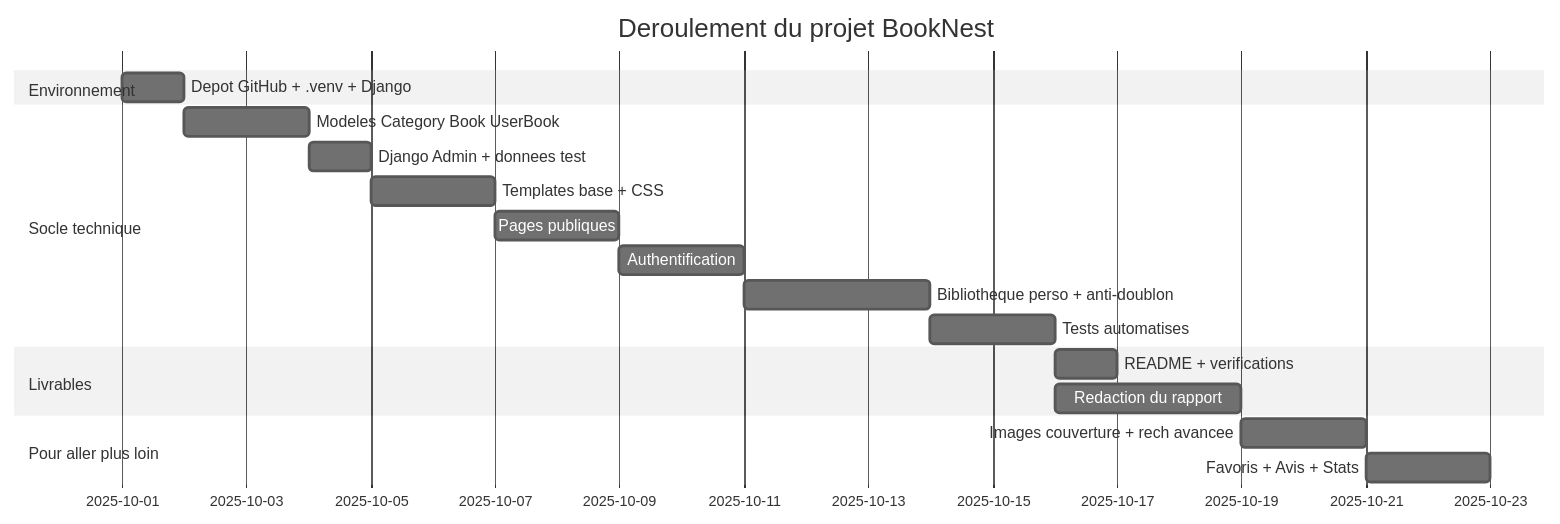
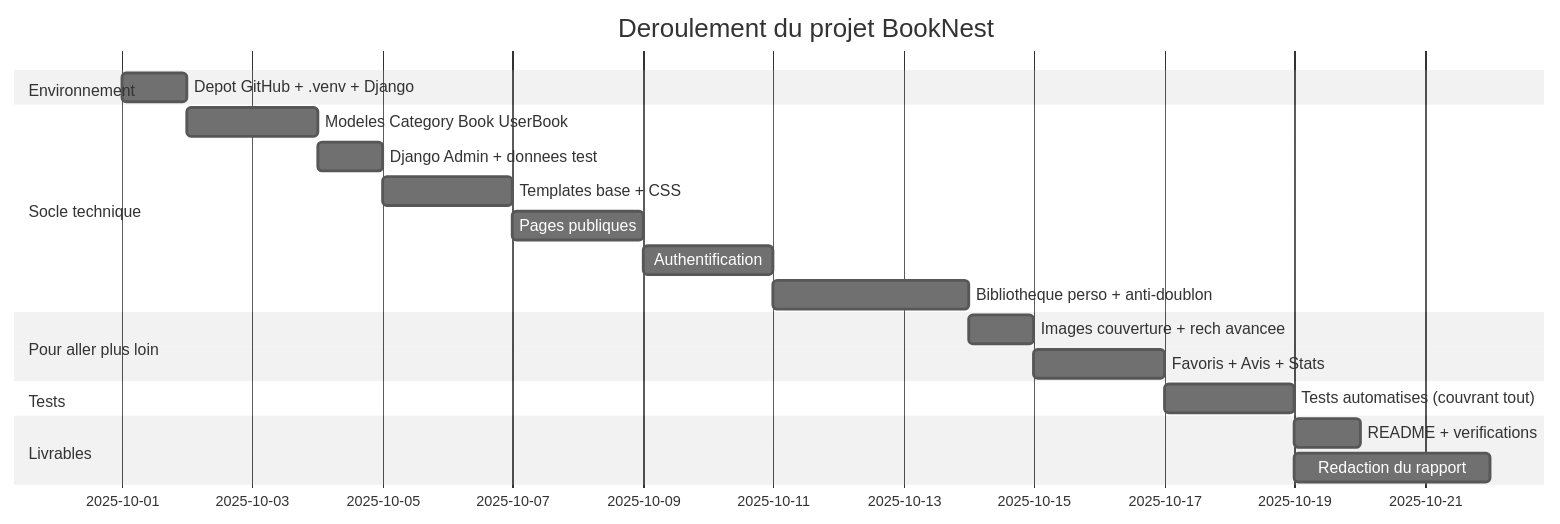
Before and after one commit to Tranck04/django-booknest-tracy-franck-mukendi: the fourth of 4 diagrams in plans/plan-realisation-booknest.md, drawn with Mermaid (neutral theme). The commit also changed other lines of this file and 9 other files, not shown here.

Commit message:
Phase 11 - Pour aller plus loin : images couverture, favoris, a lire plus tard, note moyenne, statistiques de lecture

````diff
--- a/plans/plan-realisation-booknest.md
+++ b/plans/plan-realisation-booknest.md
@@ -751,21 +753,22 @@
 ```mermaid
 gantt
     title Deroulement du projet BookNest
     dateFormat  YYYY-MM-DD
     section Environnement
     Depot GitHub + .venv + Django   :p0, 2025-10-01, 1d
     section Socle technique
     Modeles Category Book UserBook  :p1, after p0, 2d
     Django Admin + donnees test     :p2, after p1, 1d
     Templates base + CSS            :p3, after p2, 2d
     Pages publiques                 :p4, after p3, 2d
     Authentification                :p5, after p4, 2d
     Bibliotheque perso + anti-doublon :p6, after p5, 3d
-    Tests automatises               :p7, after p6, 2d
+    section Pour aller plus loin
+    Images couverture + rech avancee :p7, after p6, 1d
+    Favoris + Avis + Stats          :p8, after p7, 2d
+    section Tests
+    Tests automatises (couvrant tout) :p9, after p8, 2d
     section Livrables
-    README + verifications          :p8, after p7, 1d
-    Redaction du rapport            :p9, after p7, 3d
-    section Pour aller plus loin
-    Images couverture + rech avancee :p10, after p9, 2d
-    Favoris + Avis + Stats          :p11, after p10, 2d
+    README + verifications          :p10, after p9, 1d
+    Redaction du rapport            :p11, after p9, 3d
 ```
````
